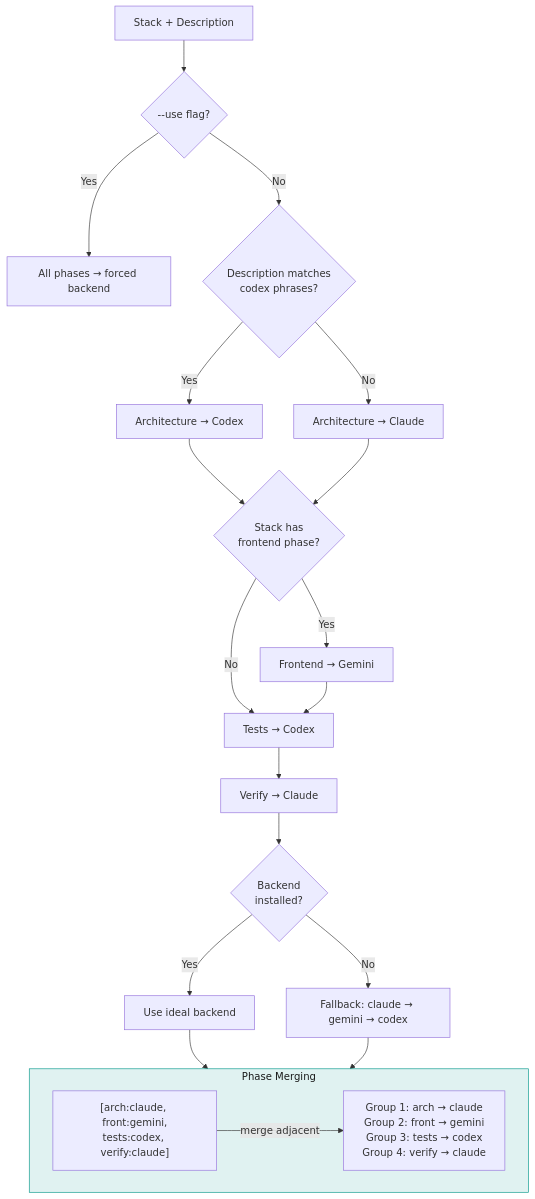
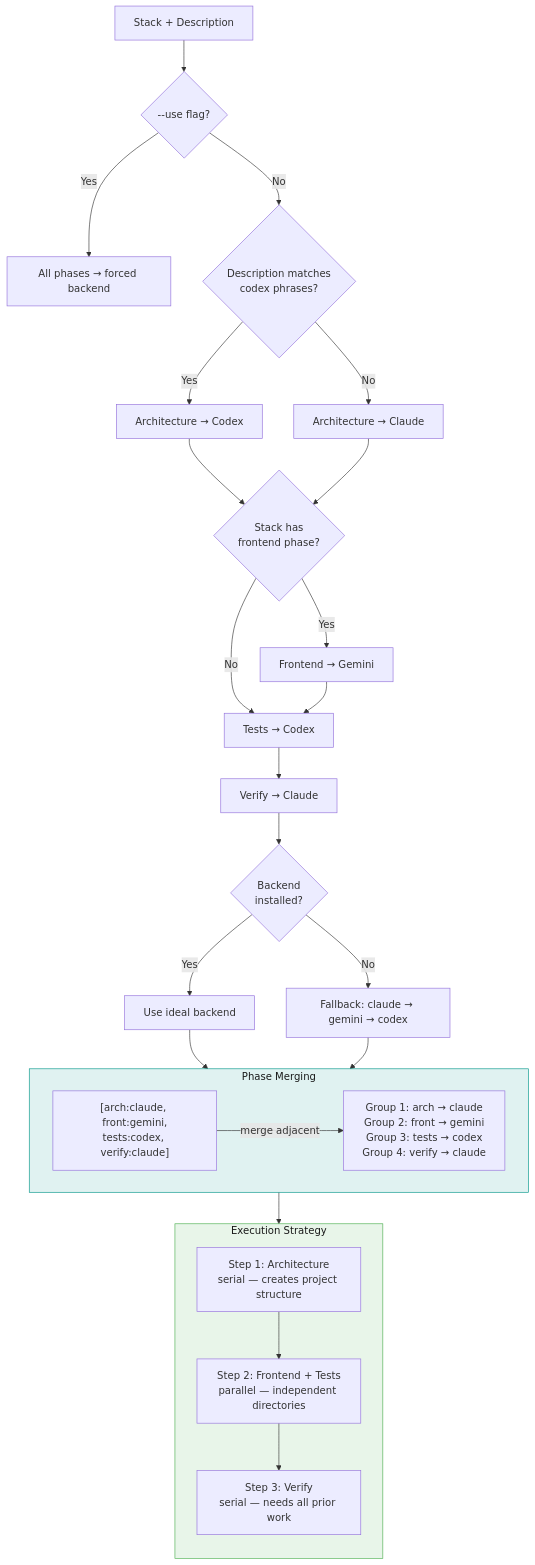
Before and after one commit to matthewubundi/UbundiForge: the fourth of 4 diagrams in docs/diagrams/forge-flow.md, drawn with Mermaid. The commit also changed other lines of this file and 12 other files, not shown here.

````diff
--- a/docs/diagrams/forge-flow.md
+++ b/docs/diagrams/forge-flow.md
@@ -248,36 +260,47 @@
 ```mermaid
 flowchart TD
     Start[Stack + Description] --> Override{--use flag?}
 
     Override -- Yes --> Single[All phases → forced backend]
     Override -- No --> Detect
 
     Detect{Description matches<br/>codex phrases?} -- Yes --> CodxArch[Architecture → Codex]
     Detect -- No --> IdealArch[Architecture → Claude]
 
     CodxArch --> FrontendCheck
     IdealArch --> FrontendCheck
 
     FrontendCheck{Stack has<br/>frontend phase?}
     FrontendCheck -- Yes --> FrontendRoute[Frontend → Gemini]
     FrontendCheck -- No --> TestRoute
 
     FrontendRoute --> TestRoute[Tests → Codex]
     TestRoute --> VerifyRoute[Verify → Claude]
 
     VerifyRoute --> Available{Backend<br/>installed?}
     Available -- Yes --> Use[Use ideal backend]
     Available -- No --> FallbackChain["Fallback: claude → gemini → codex"]
 
     subgraph MergeStep["Phase Merging"]
         direction LR
         Before["[arch:claude, front:gemini,<br/>tests:codex, verify:claude]"]
         After["Group 1: arch → claude<br/>Group 2: front → gemini<br/>Group 3: tests → codex<br/>Group 4: verify → claude"]
         Before -->|merge adjacent| After
     end
 
     Use --> MergeStep
     FallbackChain --> MergeStep
 
+    MergeStep --> ExecStrategy
+
+    subgraph ExecStrategy["Execution Strategy"]
+        direction TB
+        Serial1["Step 1: Architecture<br/>serial — creates project structure"]
+        Parallel["Step 2: Frontend + Tests<br/>parallel — independent directories"]
+        Serial2["Step 3: Verify<br/>serial — needs all prior work"]
+        Serial1 --> Parallel --> Serial2
+    end
+
     style MergeStep fill:#e0f2f1,stroke:#009688,color:#1a1a1a
+    style ExecStrategy fill:#e8f5e9,stroke:#4CAF50,color:#1a1a1a
 ```
````
